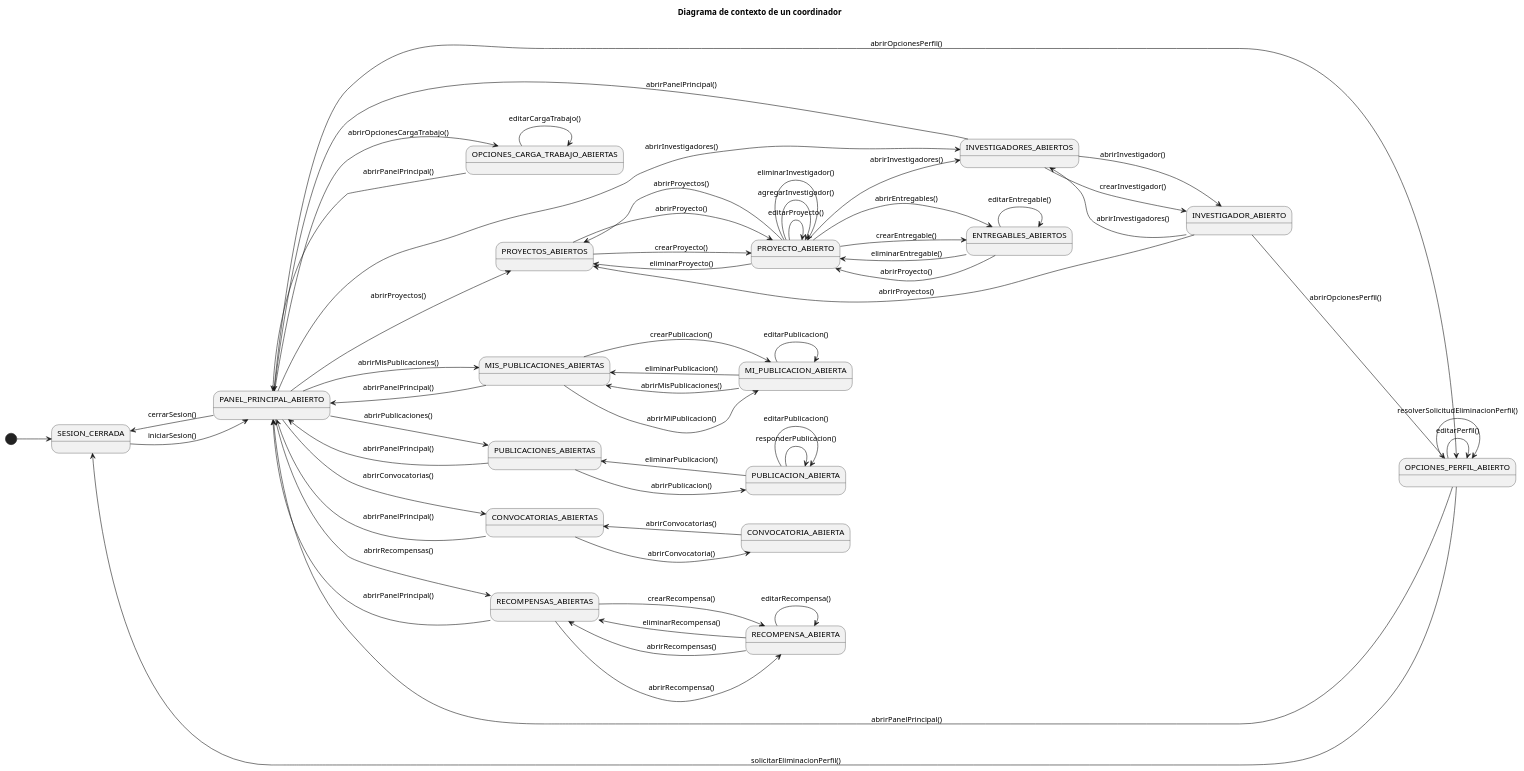
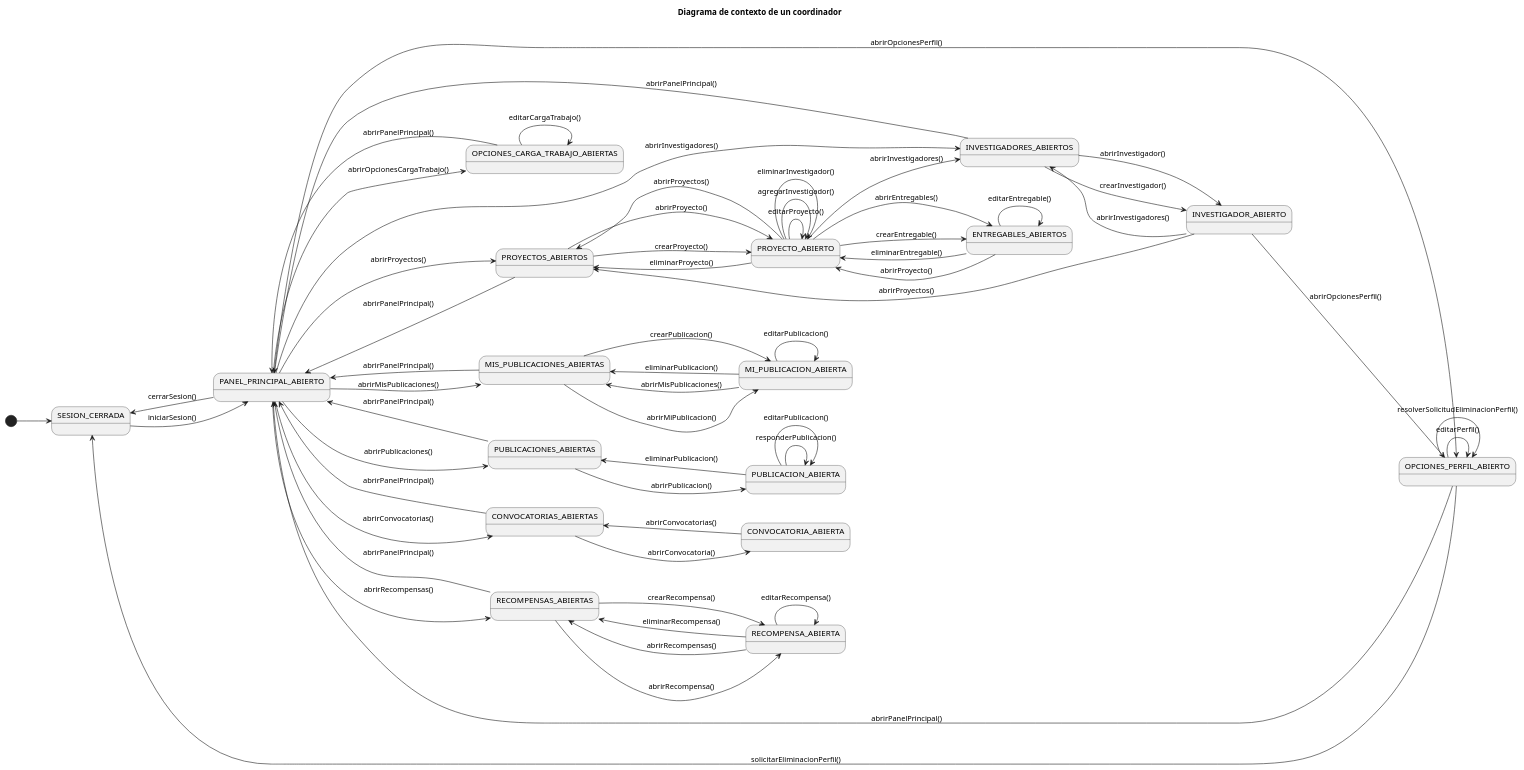
Before and after one commit to 31Diego/25-26-IdSw1-SdR: the diagram in documentación/CasosDeUso/Diagramas/DiagramaContextoCoordinador.puml, drawn with PlantUML. The commit also changed 4 other files, not shown here.

Commit message:
correccion error diagrama contexto coordinador

```diff
--- a/documentación/CasosDeUso/Diagramas/DiagramaContextoCoordinador.puml
+++ b/documentación/CasosDeUso/Diagramas/DiagramaContextoCoordinador.puml
@@ -1,75 +1,76 @@
 @startuml DiagramaContextoCoordinador
 
 title Diagrama de contexto de un coordinador
 
 left to right direction
 
 [*] --> SESION_CERRADA
 SESION_CERRADA --> PANEL_PRINCIPAL_ABIERTO: iniciarSesion()
 PANEL_PRINCIPAL_ABIERTO --> SESION_CERRADA: cerrarSesion()
 
 PANEL_PRINCIPAL_ABIERTO --> OPCIONES_PERFIL_ABIERTO: abrirOpcionesPerfil()
 PANEL_PRINCIPAL_ABIERTO --> OPCIONES_CARGA_TRABAJO_ABIERTAS: abrirOpcionesCargaTrabajo()
 PANEL_PRINCIPAL_ABIERTO --> PROYECTOS_ABIERTOS: abrirProyectos()
 PANEL_PRINCIPAL_ABIERTO --> INVESTIGADORES_ABIERTOS: abrirInvestigadores()
 PANEL_PRINCIPAL_ABIERTO --> MIS_PUBLICACIONES_ABIERTAS: abrirMisPublicaciones()
 PANEL_PRINCIPAL_ABIERTO --> PUBLICACIONES_ABIERTAS: abrirPublicaciones()
 PANEL_PRINCIPAL_ABIERTO --> CONVOCATORIAS_ABIERTAS: abrirConvocatorias()
 PANEL_PRINCIPAL_ABIERTO --> RECOMPENSAS_ABIERTAS: abrirRecompensas()
 
 PUBLICACIONES_ABIERTAS --> PUBLICACION_ABIERTA: abrirPublicacion()
 PUBLICACION_ABIERTA --> PUBLICACION_ABIERTA: responderPublicacion()
 PUBLICACION_ABIERTA --> PUBLICACION_ABIERTA: editarPublicacion()
 PUBLICACION_ABIERTA --> PUBLICACIONES_ABIERTAS: eliminarPublicacion()
 PUBLICACIONES_ABIERTAS --> PANEL_PRINCIPAL_ABIERTO: abrirPanelPrincipal()
 
 MIS_PUBLICACIONES_ABIERTAS --> MI_PUBLICACION_ABIERTA: abrirMiPublicacion()
 MIS_PUBLICACIONES_ABIERTAS --> MI_PUBLICACION_ABIERTA: crearPublicacion()
 MI_PUBLICACION_ABIERTA --> MI_PUBLICACION_ABIERTA: editarPublicacion()
 MI_PUBLICACION_ABIERTA --> MIS_PUBLICACIONES_ABIERTAS: eliminarPublicacion()
 MIS_PUBLICACIONES_ABIERTAS --> PANEL_PRINCIPAL_ABIERTO: abrirPanelPrincipal()
 MI_PUBLICACION_ABIERTA --> MIS_PUBLICACIONES_ABIERTAS: abrirMisPublicaciones()
 
 OPCIONES_PERFIL_ABIERTO --> OPCIONES_PERFIL_ABIERTO: editarPerfil()
 OPCIONES_PERFIL_ABIERTO --> OPCIONES_PERFIL_ABIERTO: resolverSolicitudEliminacionPerfil()
 OPCIONES_PERFIL_ABIERTO --> SESION_CERRADA: solicitarEliminacionPerfil()
 OPCIONES_PERFIL_ABIERTO --> PANEL_PRINCIPAL_ABIERTO: abrirPanelPrincipal()
 
 OPCIONES_CARGA_TRABAJO_ABIERTAS --> OPCIONES_CARGA_TRABAJO_ABIERTAS: editarCargaTrabajo()
 OPCIONES_CARGA_TRABAJO_ABIERTAS --> PANEL_PRINCIPAL_ABIERTO: abrirPanelPrincipal()
 
 CONVOCATORIAS_ABIERTAS --> CONVOCATORIA_ABIERTA: abrirConvocatoria()
 CONVOCATORIA_ABIERTA --> CONVOCATORIAS_ABIERTAS: abrirConvocatorias()
 CONVOCATORIAS_ABIERTAS --> PANEL_PRINCIPAL_ABIERTO: abrirPanelPrincipal()
 
 RECOMPENSAS_ABIERTAS --> RECOMPENSA_ABIERTA: abrirRecompensa()
 RECOMPENSAS_ABIERTAS --> RECOMPENSA_ABIERTA: crearRecompensa()
 RECOMPENSA_ABIERTA --> RECOMPENSA_ABIERTA: editarRecompensa()
 RECOMPENSA_ABIERTA --> RECOMPENSAS_ABIERTAS: eliminarRecompensa()
 RECOMPENSA_ABIERTA --> RECOMPENSAS_ABIERTAS: abrirRecompensas()
 RECOMPENSAS_ABIERTAS --> PANEL_PRINCIPAL_ABIERTO: abrirPanelPrincipal()
 
 PROYECTOS_ABIERTOS --> PROYECTO_ABIERTO: abrirProyecto()
 PROYECTOS_ABIERTOS --> PROYECTO_ABIERTO: crearProyecto()
 PROYECTO_ABIERTO --> PROYECTO_ABIERTO: editarProyecto()
 PROYECTO_ABIERTO --> PROYECTOS_ABIERTOS: eliminarProyecto()
 PROYECTO_ABIERTO --> PROYECTO_ABIERTO: agregarInvestigador()
 PROYECTO_ABIERTO --> PROYECTO_ABIERTO: eliminarInvestigador()
 PROYECTO_ABIERTO --> ENTREGABLES_ABIERTOS: abrirEntregables()
 PROYECTO_ABIERTO --> ENTREGABLES_ABIERTOS: crearEntregable()
 PROYECTO_ABIERTO --> INVESTIGADORES_ABIERTOS: abrirInvestigadores()
 PROYECTO_ABIERTO --> PROYECTOS_ABIERTOS: abrirProyectos()
+PROYECTOS_ABIERTOS --> PANEL_PRINCIPAL_ABIERTO: abrirPanelPrincipal()
 
 ENTREGABLES_ABIERTOS --> ENTREGABLES_ABIERTOS: editarEntregable()
 ENTREGABLES_ABIERTOS --> PROYECTO_ABIERTO: eliminarEntregable()
 ENTREGABLES_ABIERTOS --> PROYECTO_ABIERTO: abrirProyecto()
 
 INVESTIGADORES_ABIERTOS --> INVESTIGADOR_ABIERTO: abrirInvestigador()
 INVESTIGADORES_ABIERTOS --> INVESTIGADOR_ABIERTO: crearInvestigador()
 INVESTIGADORES_ABIERTOS --> PANEL_PRINCIPAL_ABIERTO: abrirPanelPrincipal()
 
 INVESTIGADOR_ABIERTO --> OPCIONES_PERFIL_ABIERTO: abrirOpcionesPerfil()
 INVESTIGADOR_ABIERTO --> INVESTIGADORES_ABIERTOS: abrirInvestigadores()
 INVESTIGADOR_ABIERTO --> PROYECTOS_ABIERTOS: abrirProyectos()
 
 @enduml
```
